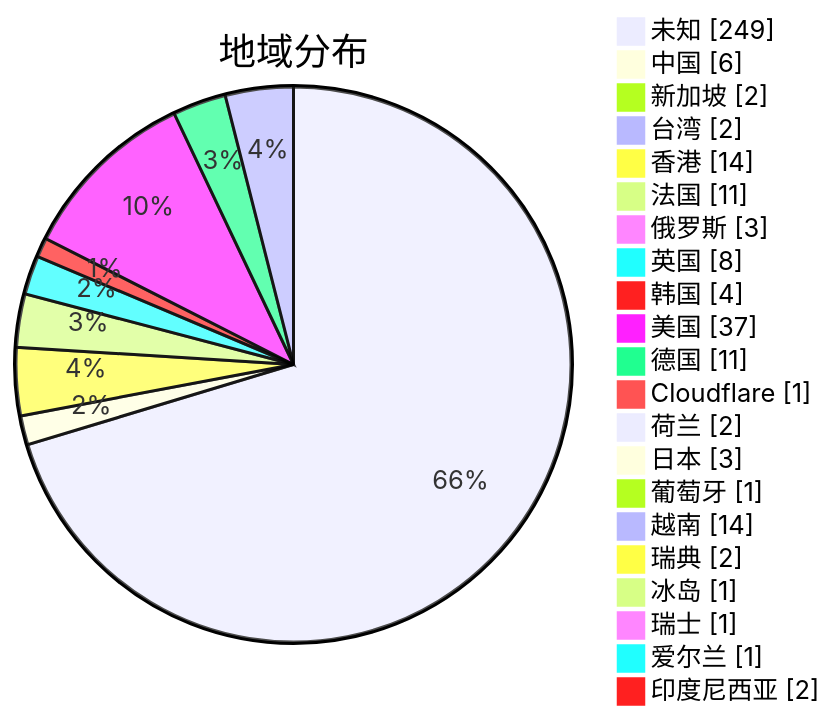
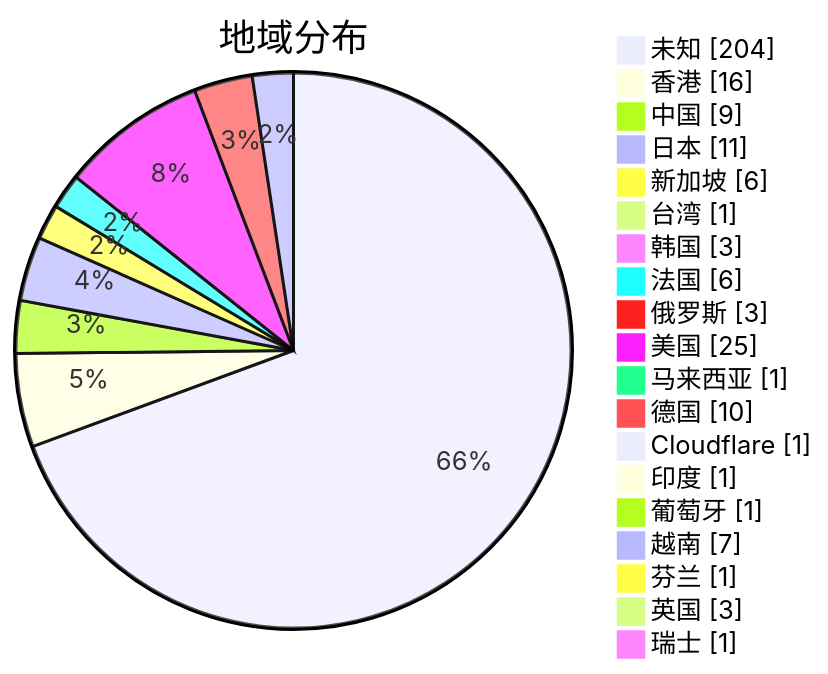
Before and after one commit to sinspired/airport: the second of 3 diagrams in subs/statistics/tested_within.md, drawn with Mermaid. The commit also changed other lines of this file and 2 other files, not shown here.

Commit message:
Committed by metaST

````diff
--- a/subs/statistics/tested_within.md
+++ b/subs/statistics/tested_within.md
@@ -14,25 +14,23 @@
 ```mermaid
 pie showData
 title 地域分布
-"未知" : 249
-"中国" : 6
-"新加坡" : 2
-"台湾" : 2
-"香港" : 14
-"法国" : 11
+"未知" : 204
+"香港" : 16
+"中国" : 9
+"日本" : 11
+"新加坡" : 6
+"台湾" : 1
+"韩国" : 3
+"法国" : 6
 "俄罗斯" : 3
-"英国" : 8
-"韩国" : 4
-"美国" : 37
-"德国" : 11
+"美国" : 25
+"马来西亚" : 1
+"德国" : 10
 "Cloudflare" : 1
-"荷兰" : 2
-"日本" : 3
+"印度" : 1
 "葡萄牙" : 1
-"越南" : 14
-"瑞典" : 2
-"冰岛" : 1
+"越南" : 7
+"芬兰" : 1
+"英国" : 3
 "瑞士" : 1
-"爱尔兰" : 1
-"印度尼西亚" : 2
 ```
````
